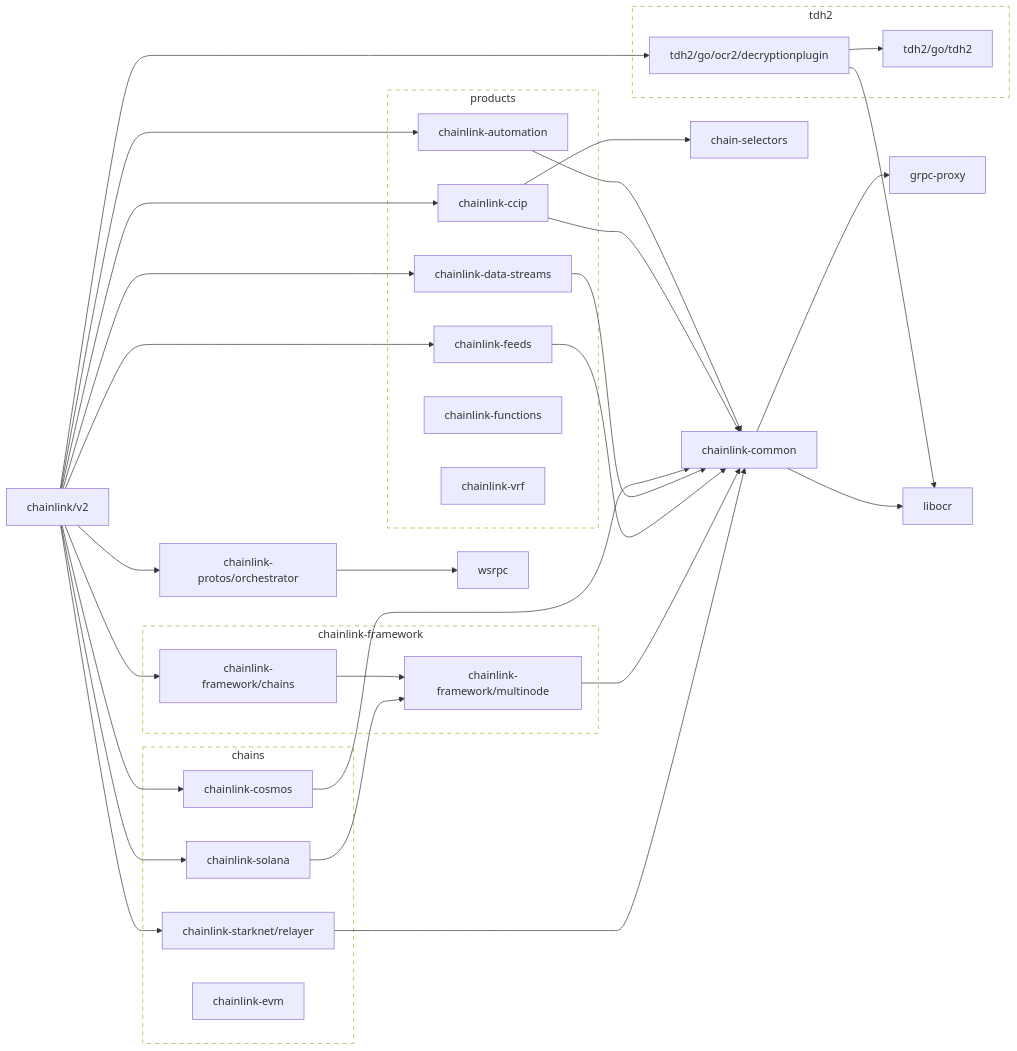
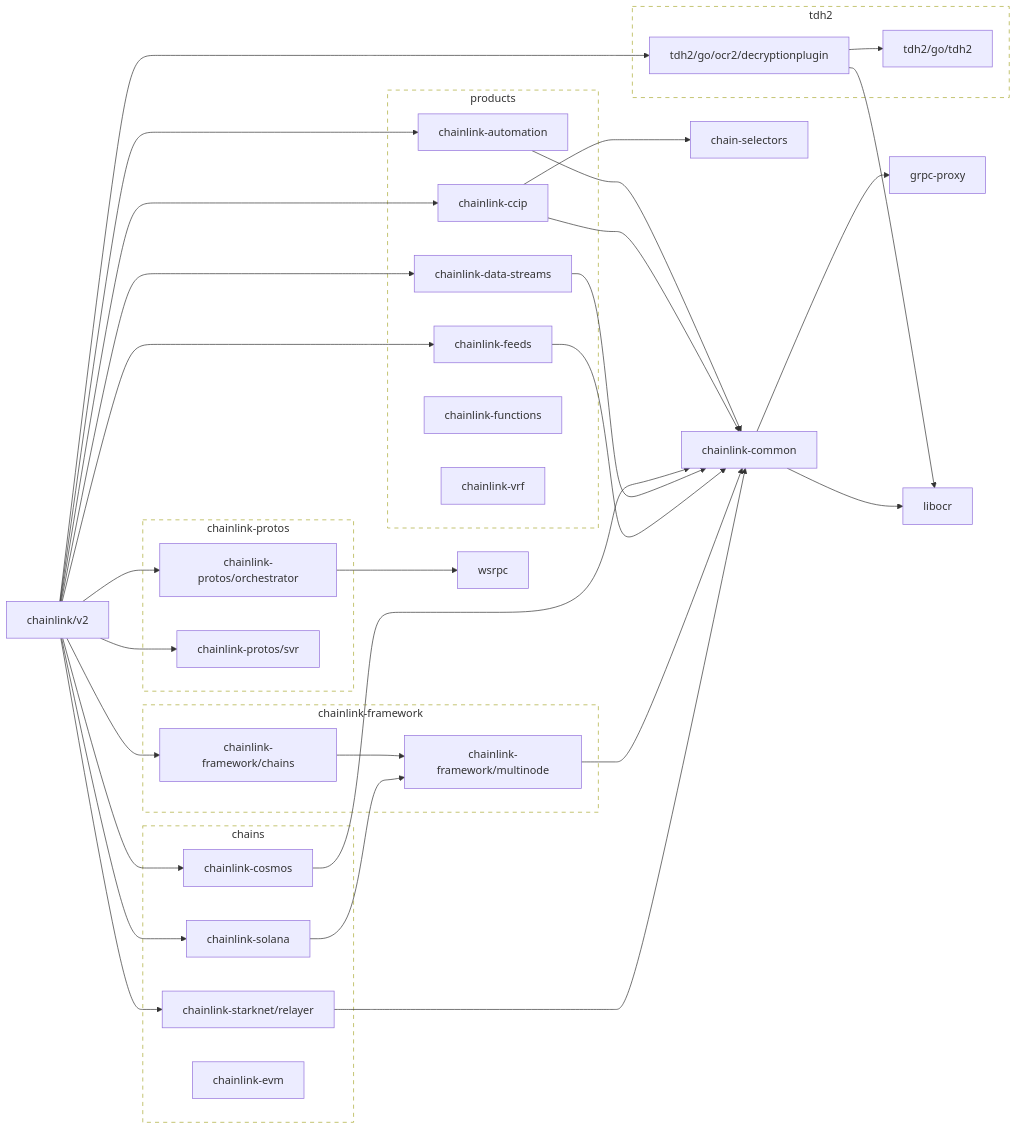
The first of 2 diagrams in go.md (protofire/chainlink), drawn with Mermaid before and after one commit. The commit also changed other lines of this file and 14 other files, not shown here.

First line of the commit message:
Move TxMessage to chainlink-protos (#16041)

````diff
--- a/go.md
+++ b/go.md
@@ -43,6 +43,8 @@
 	click chainlink-framework/multinode href "https://github.com/smartcontractkit/chainlink-framework"
 	chainlink-protos/orchestrator --> wsrpc
 	click chainlink-protos/orchestrator href "https://github.com/smartcontractkit/chainlink-protos"
+	chainlink-protos/svr
+	click chainlink-protos/svr href "https://github.com/smartcontractkit/chainlink-protos"
 	chainlink-solana --> chainlink-framework/multinode
 	click chainlink-solana href "https://github.com/smartcontractkit/chainlink-solana"
 	chainlink-starknet/relayer --> chainlink-common
@@ -54,6 +56,7 @@
 	chainlink/v2 --> chainlink-feeds
 	chainlink/v2 --> chainlink-framework/chains
 	chainlink/v2 --> chainlink-protos/orchestrator
+	chainlink/v2 --> chainlink-protos/svr
 	chainlink/v2 --> chainlink-solana
 	chainlink/v2 --> chainlink-starknet/relayer
 	chainlink/v2 --> tdh2/go/ocr2/decryptionplugin
@@ -76,6 +79,12 @@
 	end
 	click chainlink-framework-repo href "https://github.com/smartcontractkit/chainlink-framework"
 
+	subgraph chainlink-protos-repo[chainlink-protos]
+		 chainlink-protos/orchestrator
+		 chainlink-protos/svr
+	end
+	click chainlink-protos-repo href "https://github.com/smartcontractkit/chainlink-protos"
+
 	subgraph tdh2-repo[tdh2]
 		 tdh2/go/ocr2/decryptionplugin
 		 tdh2/go/tdh2
@@ -83,5 +92,5 @@
 	click tdh2-repo href "https://github.com/smartcontractkit/tdh2"
 
 	classDef outline stroke-dasharray:6,fill:none;
-	class chainlink-framework-repo,tdh2-repo outline
+	class chainlink-framework-repo,chainlink-protos-repo,tdh2-repo outline
 ```
````
